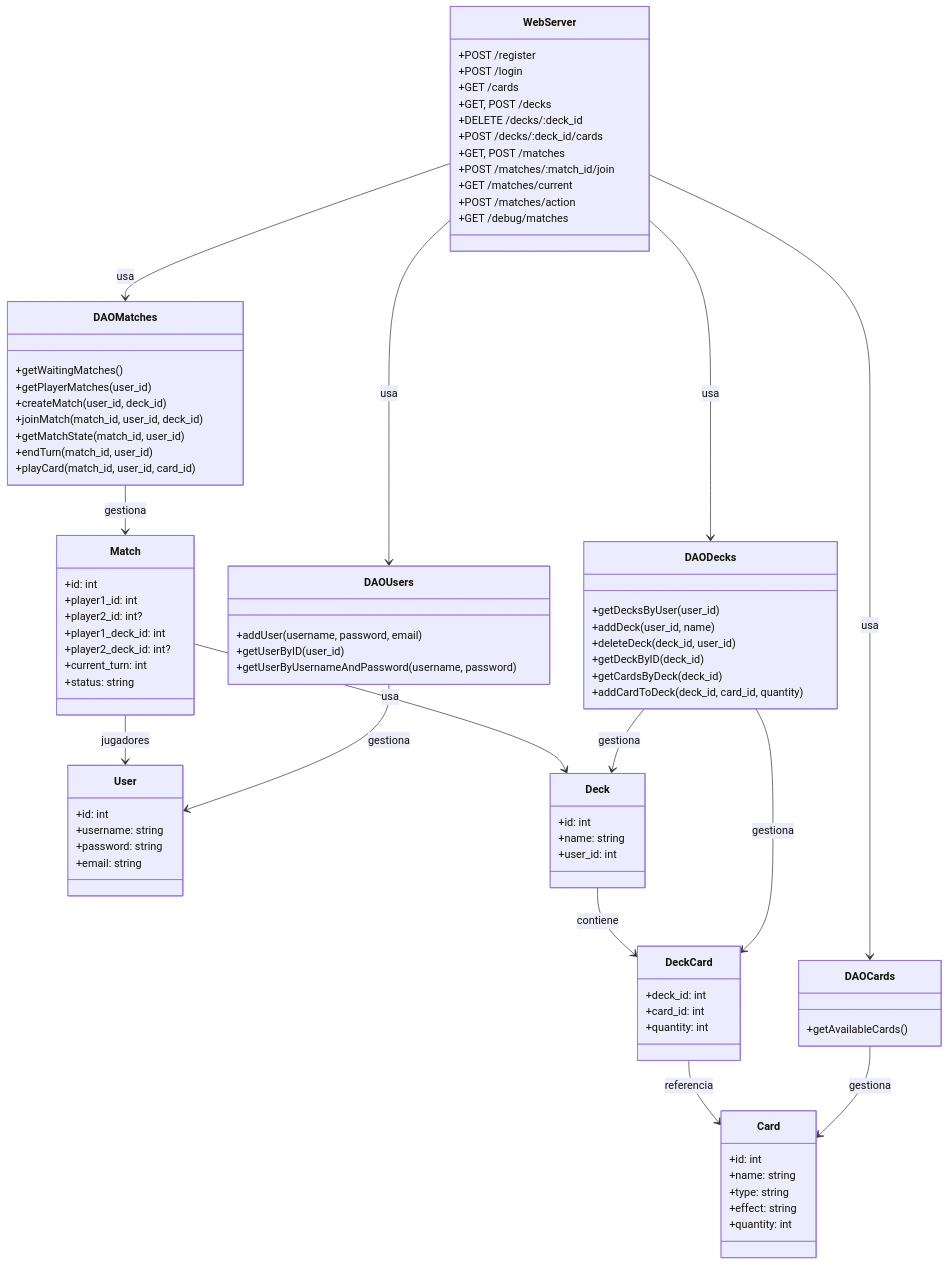
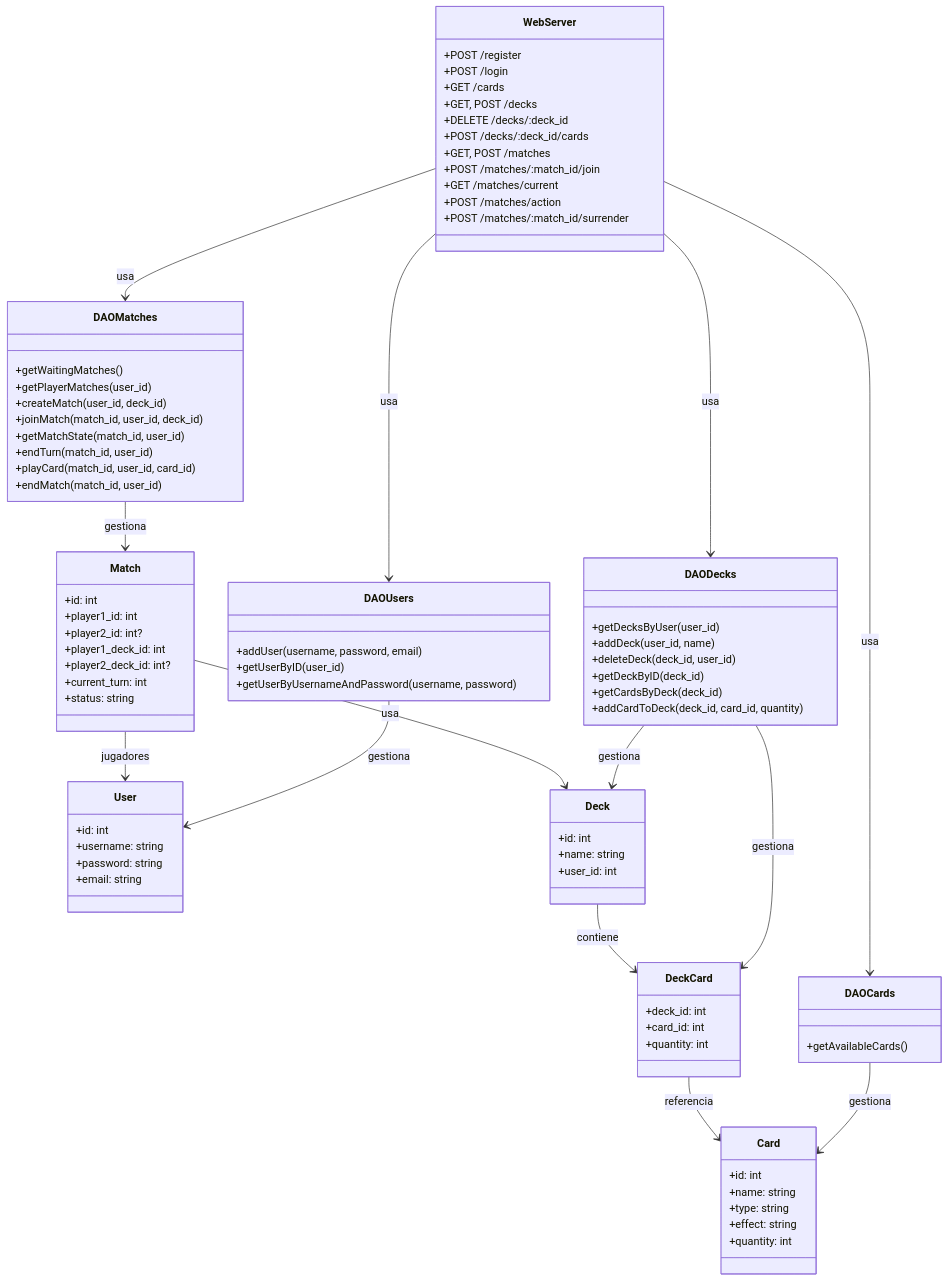
One commit to Dariella06/Rifters changed the diagram in Diagramas/DiagramaBackend.mermaid. Above: the diagram before and after it, drawn with Mermaid.

Commit message:
Agregar cambios del servidor.py

```diff
--- a/Diagramas/DiagramaBackend.mermaid
+++ b/Diagramas/DiagramaBackend.mermaid
@@ -1,101 +1,102 @@
 classDiagram
 
 %% --- Clases del servidor ---
 class WebServer {
   +POST /register
   +POST /login
   +GET /cards
   +GET, POST /decks
   +DELETE /decks/:deck_id
   +POST /decks/:deck_id/cards
   +GET, POST /matches
   +POST /matches/:match_id/join
   +GET /matches/current
   +POST /matches/action
-  +GET /debug/matches
+  +POST /matches/:match_id/surrender
 }
 
 %% --- DAO: Acceso a datos ---
 class DAOUsers {
   +addUser(username, password, email)
   +getUserByID(user_id)
   +getUserByUsernameAndPassword(username, password)
 }
 
 class DAOCards {
   +getAvailableCards()
 }
 
 class DAODecks {
   +getDecksByUser(user_id)
   +addDeck(user_id, name)
   +deleteDeck(deck_id, user_id)
   +getDeckByID(deck_id)
   +getCardsByDeck(deck_id)
   +addCardToDeck(deck_id, card_id, quantity)
 }
 
 class DAOMatches {
   +getWaitingMatches()
   +getPlayerMatches(user_id)
   +createMatch(user_id, deck_id)
   +joinMatch(match_id, user_id, deck_id)
   +getMatchState(match_id, user_id)
   +endTurn(match_id, user_id)
   +playCard(match_id, user_id, card_id)
+  +endMatch(match_id, user_id)
 }
 
 %% --- Entidades (datos) ---
 class User {
   +id: int
   +username: string
   +password: string
   +email: string
 }
 
 class Card {
   +id: int
   +name: string
   +type: string
   +effect: string
   +quantity: int
 }
 
 class Deck {
   +id: int
   +name: string
   +user_id: int
 }
 
 class Match {
   +id: int
   +player1_id: int
   +player2_id: int?
   +player1_deck_id: int
   +player2_deck_id: int?
   +current_turn: int
   +status: string
 }
 
 class DeckCard {
   +deck_id: int
   +card_id: int
   +quantity: int
 }
 
 %% --- Relaciones ---
 WebServer --> DAOUsers : usa
 WebServer --> DAOCards : usa
 WebServer --> DAODecks : usa
 WebServer --> DAOMatches : usa
 
 DAOUsers --> User : gestiona
 DAOCards --> Card : gestiona
 DAODecks --> Deck : gestiona
 DAODecks --> DeckCard : gestiona
 DAOMatches --> Match : gestiona
 
 Deck --> DeckCard : contiene
 DeckCard --> Card : referencia
 Match --> Deck : usa
 Match --> User : jugadores
```
